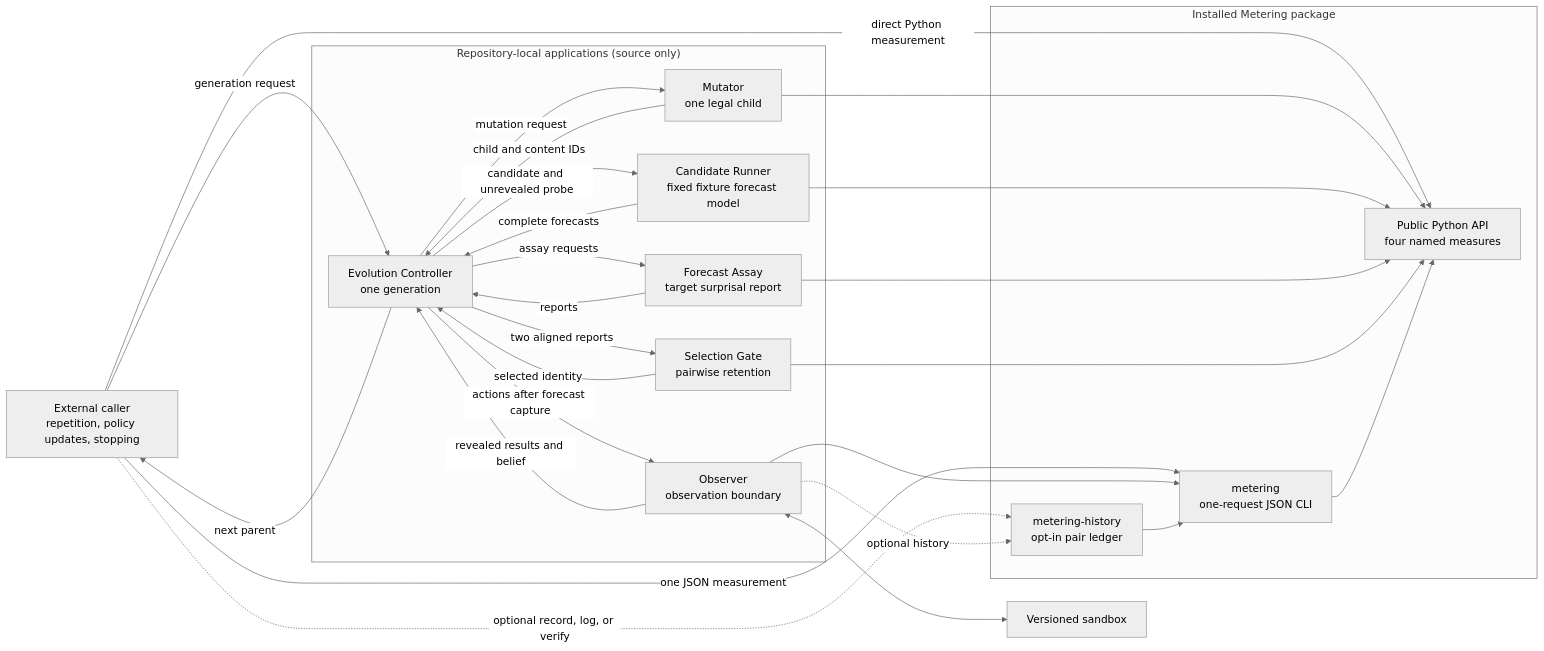
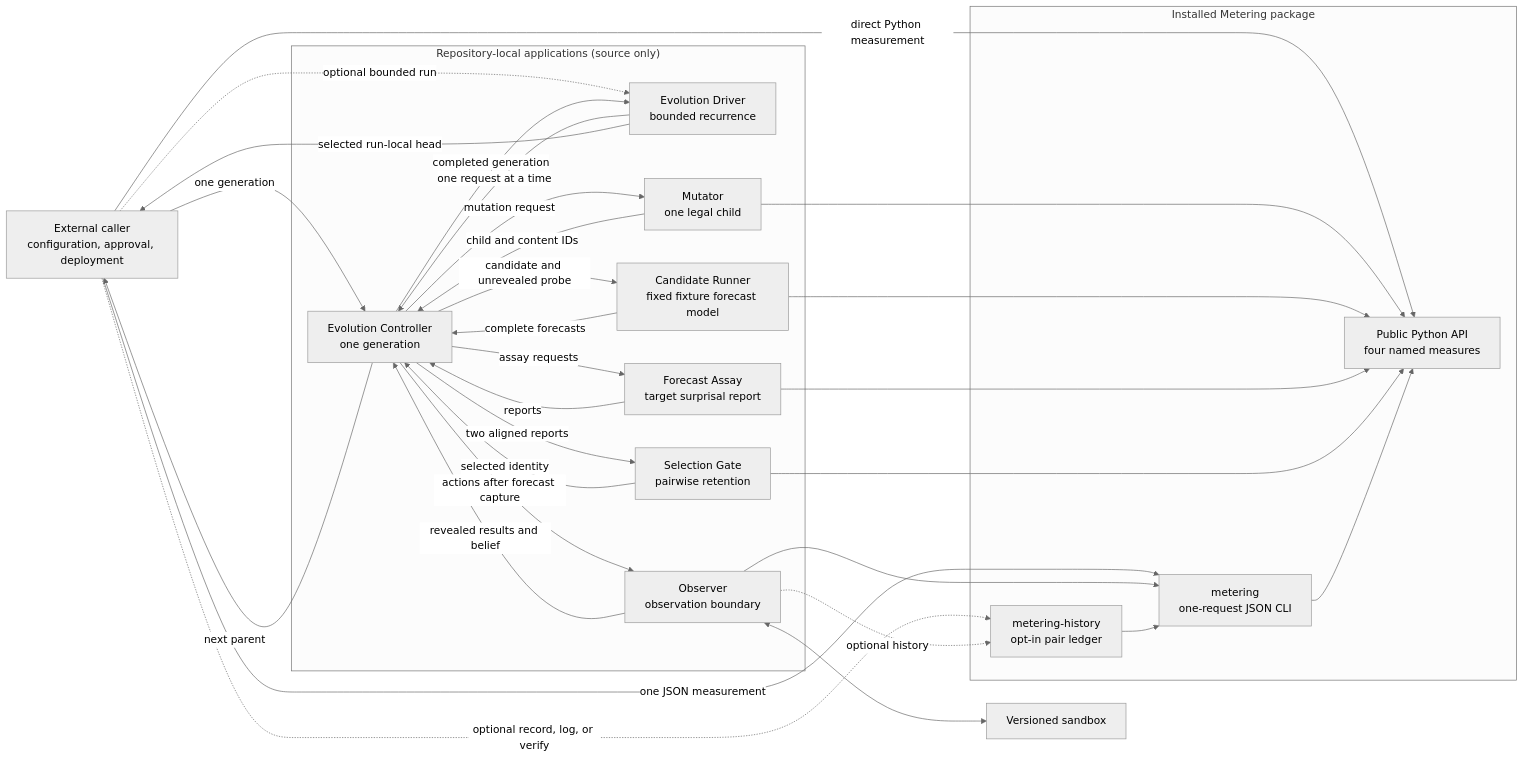
The diagram in README.md (muchmirul/metering), drawn with Mermaid (neutral theme) before and after one commit. The commit also changed other lines of this file and 29 other files, not shown here.

Commit message:
Add bounded Pi skill self-evolution

````diff
--- a/README.md
+++ b/README.md
@@ -28,46 +28,51 @@
 ```mermaid
 flowchart LR
-    Caller["External caller<br/>repetition, policy updates, stopping"]
+    Caller["External caller<br/>configuration, approval, deployment"]
     Sandbox["Versioned sandbox"]
 
     subgraph Applications["Repository-local applications (source only)"]
+        Evolver["Evolution Driver<br/>bounded recurrence"]
         Controller["Evolution Controller<br/>one generation"]
         Observer["Observer<br/>observation boundary"]
         Mutator["Mutator<br/>one legal child"]
         Runner["Candidate Runner<br/>fixed fixture forecast model"]
         Assay["Forecast Assay<br/>target surprisal report"]
         Gate["Selection Gate<br/>pairwise retention"]
     end
 
     subgraph Package["Installed Metering package"]
         API["Public Python API<br/>four named measures"]
         CLI["metering<br/>one-request JSON CLI"]
         History["metering-history<br/>opt-in pair ledger"]
     end
 
-    Caller -->|generation request| Controller
+    Caller -->|one generation| Controller
+    Caller -. optional bounded run .-> Evolver
+    Evolver -->|one request at a time| Controller
     Caller -->|direct Python measurement| API
     Caller -->|one JSON measurement| CLI
     Caller -. optional record, log, or verify .-> History
     Controller -->|mutation request| Mutator
     Mutator -->|child and content IDs| Controller
     Controller -->|candidate and unrevealed probe| Runner
     Runner -->|complete forecasts| Controller
     Controller -->|actions after forecast capture| Observer
     Observer -->|revealed results and belief| Controller
     Observer <--> Sandbox
     Controller -->|assay requests| Assay
     Assay -->|reports| Controller
     Controller -->|two aligned reports| Gate
     Gate -->|selected identity| Controller
     Controller -->|next parent| Caller
+    Controller -->|completed generation| Evolver
+    Evolver -->|selected run-local head| Caller
 
     Observer --> CLI
     Observer -. optional history .-> History
     Mutator --> API
     Runner --> API
     Assay --> API
     Gate --> API
     CLI --> API
     History --> CLI
 ```
````
